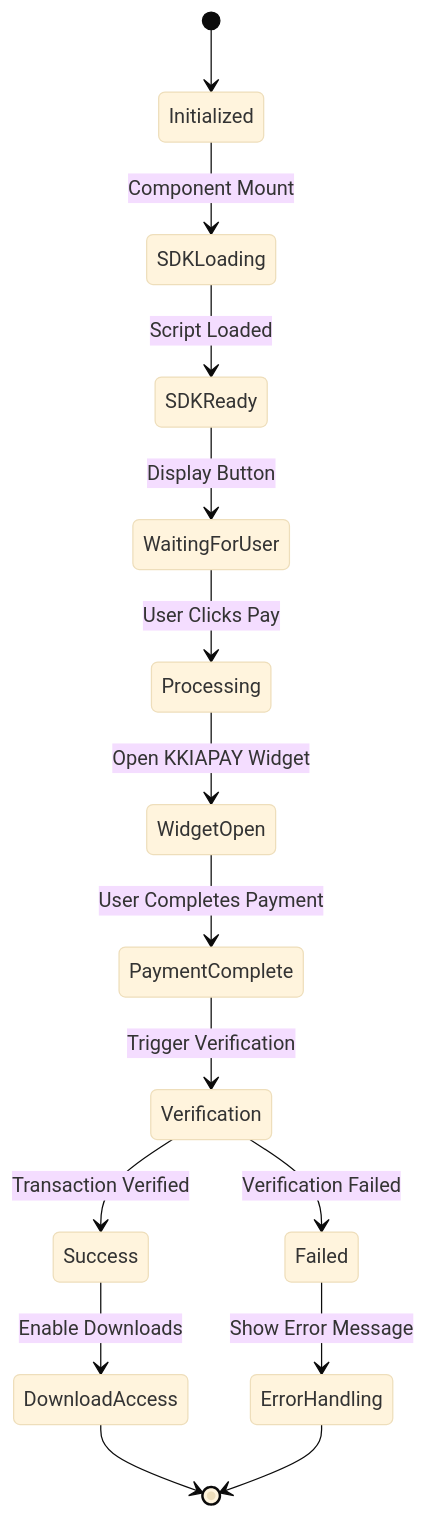
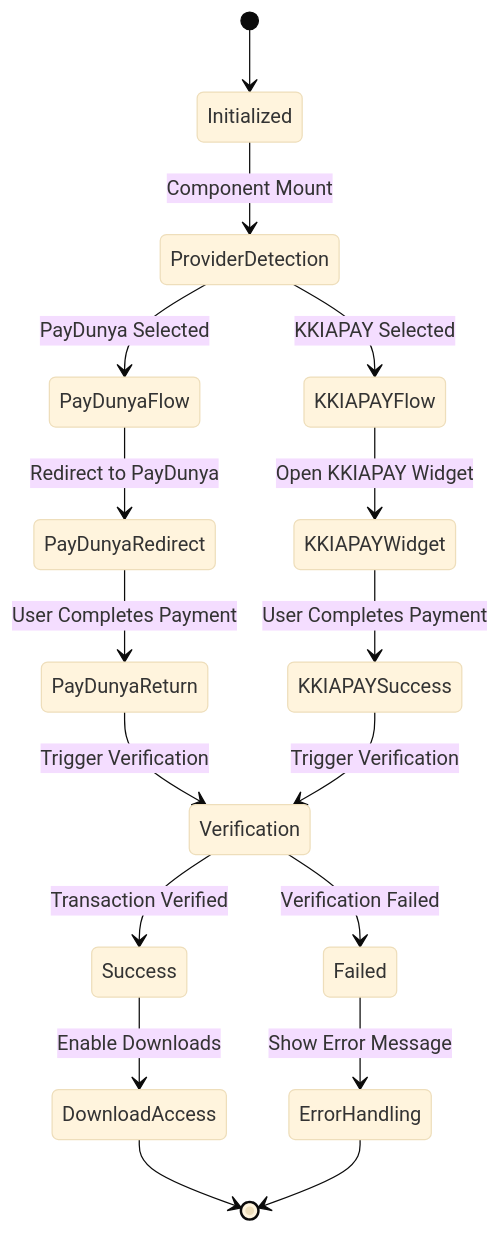
Before and after one commit to alikizang/datafrica: the ninth of 12 diagrams in .qoder/repowiki/en/content/Payment System/KKIAPAY Integration.md, drawn with Mermaid (base theme). The commit also changed other lines of this file and 21 other files, not shown here.

````diff
--- a/.qoder/repowiki/en/content/Payment System/KKIAPAY Integration.md
+++ b/.qoder/repowiki/en/content/Payment System/KKIAPAY Integration.md
@@ -318,17 +466,19 @@
 ```mermaid
 stateDiagram-v2
 [*] --> Initialized
-Initialized --> SDKLoading : Component Mount
-SDKLoading --> SDKReady : Script Loaded
-SDKReady --> WaitingForUser : Display Button
-WaitingForUser --> Processing : User Clicks Pay
-Processing --> WidgetOpen : Open KKIAPAY Widget
-WidgetOpen --> PaymentComplete : User Completes Payment
-PaymentComplete --> Verification : Trigger Verification
+Initialized --> ProviderDetection : Component Mount
+ProviderDetection --> PayDunyaFlow : PayDunya Selected
+ProviderDetection --> KKIAPAYFlow : KKIAPAY Selected
+PayDunyaFlow --> PayDunyaRedirect : Redirect to PayDunya
+PayDunyaRedirect --> PayDunyaReturn : User Completes Payment
+PayDunyaReturn --> Verification : Trigger Verification
+KKIAPAYFlow --> KKIAPAYWidget : Open KKIAPAY Widget
+KKIAPAYWidget --> KKIAPAYSuccess : User Completes Payment
+KKIAPAYSuccess --> Verification : Trigger Verification
 Verification --> Success : Transaction Verified
 Verification --> Failed : Verification Failed
 Success --> DownloadAccess : Enable Downloads
 Failed --> ErrorHandling : Show Error Message
 DownloadAccess --> [*]
 ErrorHandling --> [*]
 ```
````
